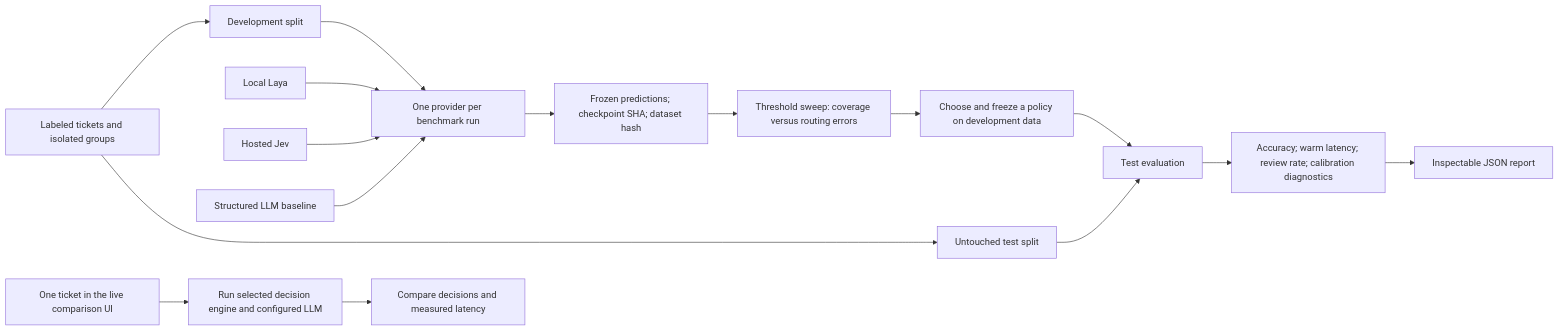
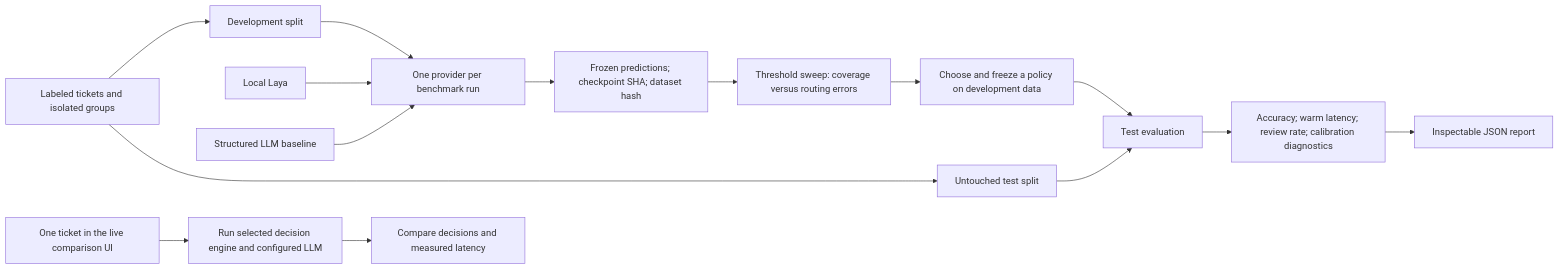
Before and after one commit to nikhilbhide/decision-router: the second of 2 diagrams in docs/architecture.md, drawn with Mermaid. The commit also changed other lines of this file and 26 other files, not shown here.

````diff
--- a/docs/architecture.md
+++ b/docs/architecture.md
@@ -43,18 +40,17 @@
 ```mermaid
 flowchart LR
     Dataset["Labeled tickets and isolated groups"] --> Dev["Development split"]
     Dataset --> Test["Untouched test split"]
     Dev --> Predict["One provider per benchmark run"]
     Laya["Local Laya"] --> Predict
-    Jev["Hosted Jev"] --> Predict
     LLM["Structured LLM baseline"] --> Predict
     Predict --> Frozen["Frozen predictions; checkpoint SHA; dataset hash"]
     Frozen --> Sweep["Threshold sweep: coverage versus routing errors"]
     Sweep --> Policy["Choose and freeze a policy on development data"]
     Policy --> Final["Test evaluation"]
     Test --> Final
     Final --> Report["Accuracy; warm latency; review rate; calibration diagnostics"]
     Report --> Export["Inspectable JSON report"]
     Ticket["One ticket in the live comparison UI"] --> Both["Run selected decision engine and configured LLM"]
     Both --> Compare["Compare decisions and measured latency"]
 ```
````
